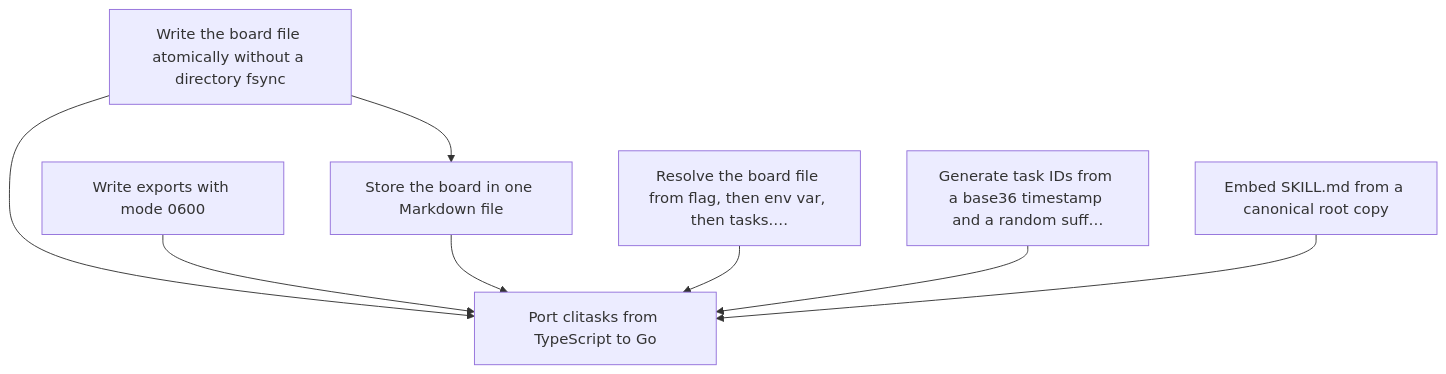
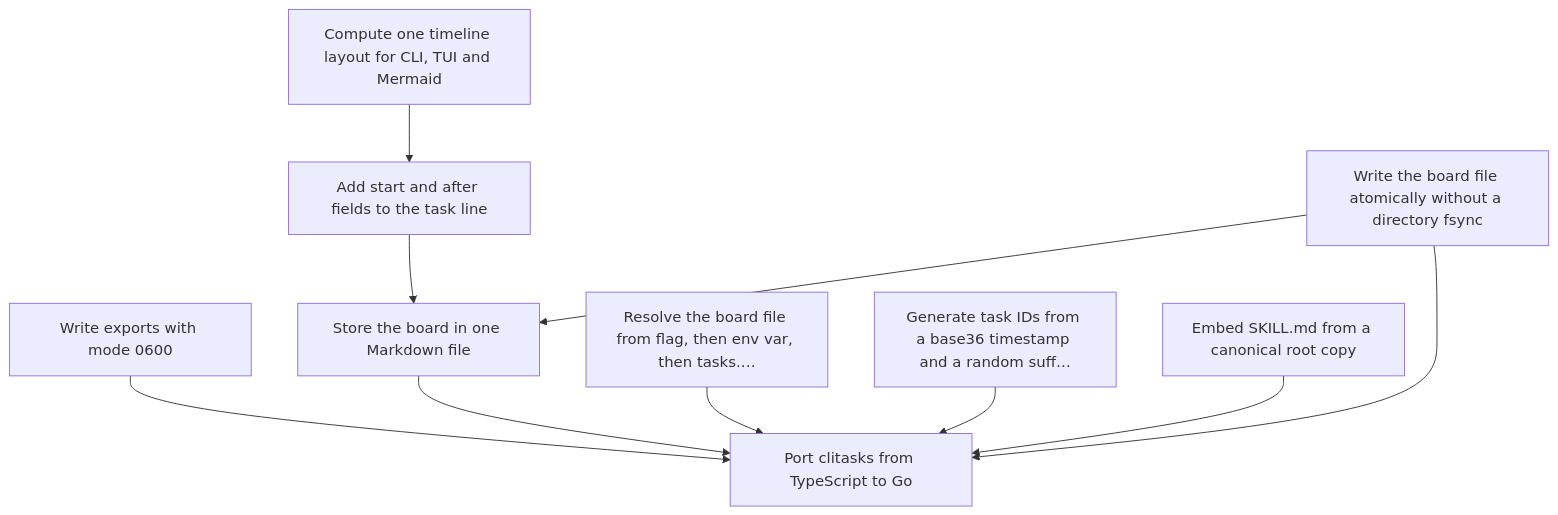
The diagram in docs/adr/README.md (GuitarWag/clitasks), drawn with Mermaid before and after one commit. The commit also changed other lines of this file and 3 other files, not shown here.

First line of the commit message:
docs: plan the timeline and Gantt feature

````diff
--- a/docs/adr/README.md
+++ b/docs/adr/README.md
@@ -17,17 +19,21 @@
 ```mermaid
 graph TD
-  n0["Write the board file atomically without a directory fsync"]
-  n1["Write exports with mode 0600"]
-  n2["Store the board in one Markdown file"]
-  n3["Resolve the board file from flag, then env var, then tasks.…"]
-  n4["Generate task IDs from a base36 timestamp and a random suff…"]
-  n5["Embed SKILL.md from a canonical root copy"]
-  n6["Port clitasks from TypeScript to Go"]
-  n0 --> n2
-  n0 --> n6
-  n1 --> n6
-  n2 --> n6
-  n3 --> n6
-  n4 --> n6
-  n5 --> n6
+  n0["Compute one timeline layout for CLI, TUI and Mermaid"]
+  n1["Add start and after fields to the task line"]
+  n2["Write the board file atomically without a directory fsync"]
+  n3["Write exports with mode 0600"]
+  n4["Store the board in one Markdown file"]
+  n5["Resolve the board file from flag, then env var, then tasks.…"]
+  n6["Generate task IDs from a base36 timestamp and a random suff…"]
+  n7["Embed SKILL.md from a canonical root copy"]
+  n8["Port clitasks from TypeScript to Go"]
+  n0 --> n1
+  n1 --> n4
+  n2 --> n4
+  n2 --> n8
+  n3 --> n8
+  n4 --> n8
+  n5 --> n8
+  n6 --> n8
+  n7 --> n8
 ```
````
